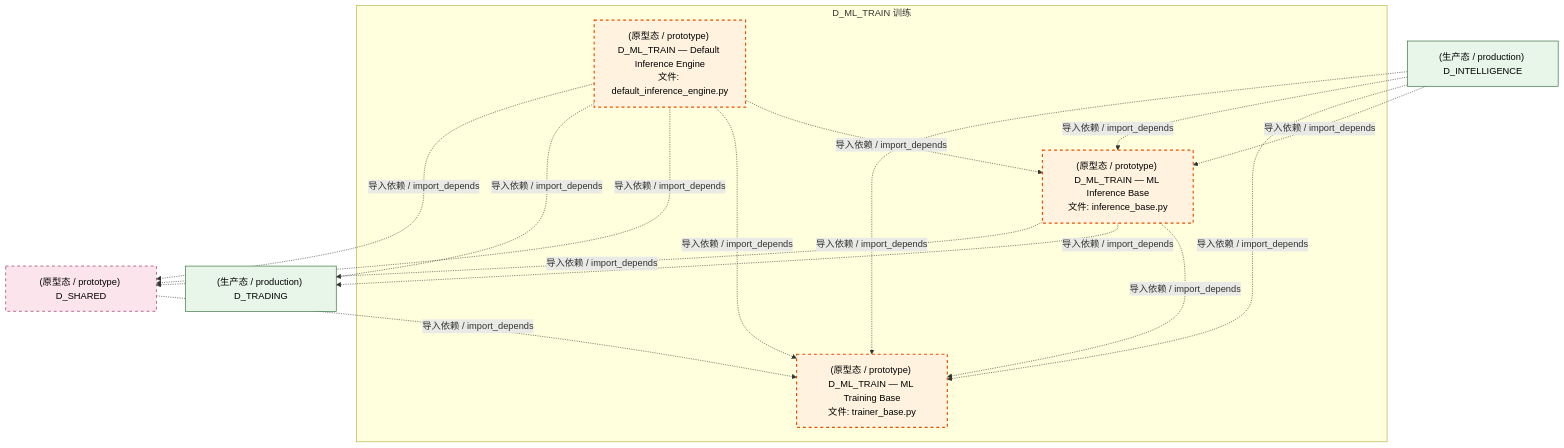
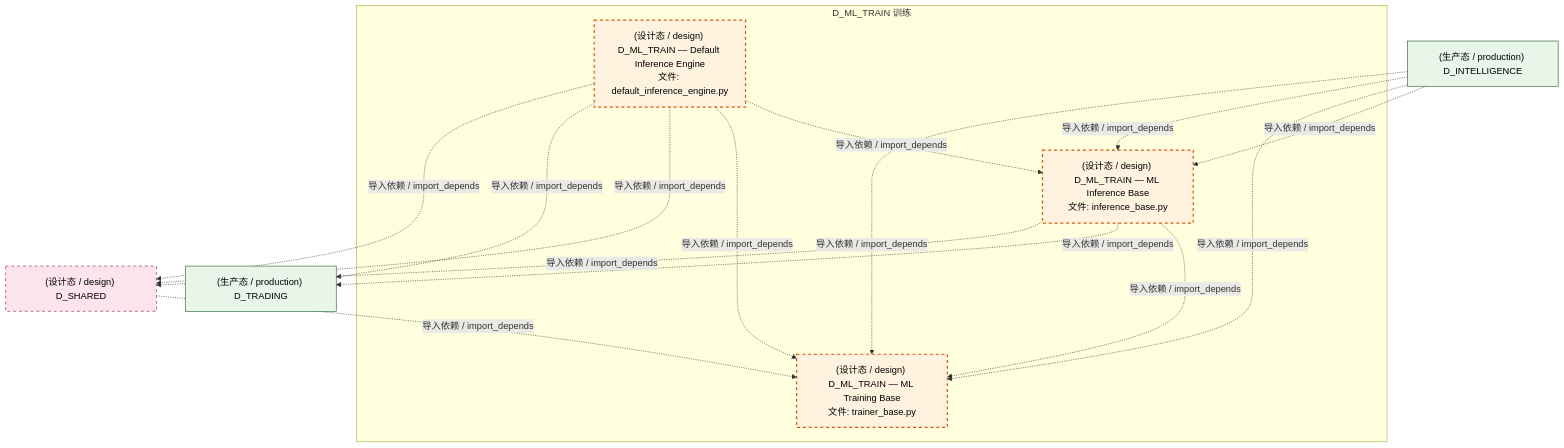
One commit to xuanFelixVan/ZephyrAlpha changed the third of 4 diagrams in docs/02_enterprise_architecture/02_domain_architecture_docs/50_d_ml_train.md. Above: the diagram before and after it, drawn with Mermaid. The commit also changed other lines of this file and 177 other files, not shown here.

````diff
--- a/docs/02_enterprise_architecture/02_domain_architecture_docs/50_d_ml_train.md
+++ b/docs/02_enterprise_architecture/02_domain_architecture_docs/50_d_ml_train.md
@@ -132,31 +131,31 @@
 ```mermaid
 graph TD
     subgraph D_ML_TRAIN["D_ML_TRAIN 训练"]
-        src_zephyr_ml_train_implementations_default_inference_engine_py["(原型态 / prototype) D_ML_TRAIN — Default Inference Engine<br/>文件: default_inference_engine.py"]
-        src_zephyr_ml_train_inference_base_py["(原型态 / prototype) D_ML_TRAIN — ML Inference Base<br/>文件: inference_base.py"]
-        src_zephyr_ml_train_trainer_base_py["(原型态 / prototype) D_ML_TRAIN — ML Training Base<br/>文件: trainer_base.py"]
+        src_zephyr_ml_train_implementations_default_inference_engine_py["(设计态 / design) D_ML_TRAIN — Default Inference Engine<br/>文件: default_inference_engine.py"]
+        src_zephyr_ml_train_inference_base_py["(设计态 / design) D_ML_TRAIN — ML Inference Base<br/>文件: inference_base.py"]
+        src_zephyr_ml_train_trainer_base_py["(设计态 / design) D_ML_TRAIN — ML Training Base<br/>文件: trainer_base.py"]
     end
     src_zephyr_ml_train_inference_base_py -.->|导入依赖 / import_depends| src_zephyr_ml_train_trainer_base_py
     src_zephyr_ml_train_implementations_default_inference_engine_py -.->|导入依赖 / import_depends| src_zephyr_ml_train_inference_base_py
     src_zephyr_ml_train_implementations_default_inference_engine_py -.->|导入依赖 / import_depends| src_zephyr_ml_train_trainer_base_py
     D_TRADING["(生产态 / production) D_TRADING"]
     src_zephyr_ml_train_inference_base_py -.->|导入依赖 / import_depends| D_TRADING
-    D_SHARED["(原型态 / prototype) D_SHARED"]
+    D_SHARED["(设计态 / design) D_SHARED"]
     src_zephyr_ml_train_inference_base_py -.->|导入依赖 / import_depends| D_SHARED
     src_zephyr_ml_train_implementations_default_inference_engine_py -.->|导入依赖 / import_depends| D_SHARED
     src_zephyr_ml_train_implementations_default_inference_engine_py -.->|导入依赖 / import_depends| D_TRADING
     src_zephyr_ml_train_implementations_default_inference_engine_py -.->|导入依赖 / import_depends| D_SHARED
     D_SHARED -.->|导入依赖 / import_depends| src_zephyr_ml_train_trainer_base_py
     D_INTELLIGENCE["(生产态 / production) D_INTELLIGENCE"]
     D_INTELLIGENCE -.->|导入依赖 / import_depends| src_zephyr_ml_train_inference_base_py
     D_INTELLIGENCE -.->|导入依赖 / import_depends| src_zephyr_ml_train_trainer_base_py
     D_INTELLIGENCE -.->|导入依赖 / import_depends| src_zephyr_ml_train_inference_base_py
     D_INTELLIGENCE -.->|导入依赖 / import_depends| src_zephyr_ml_train_trainer_base_py
     classDef production fill:#e1f5fe,stroke:#01579b,stroke-width:2px,color:#000
     classDef design fill:#fff3e0,stroke:#e65100,stroke-width:2px,color:#000,stroke-dasharray: 5 5
     classDef external_prod fill:#e8f5e9,stroke:#1b5e20,stroke-width:1px,color:#000
     classDef external_design fill:#fce4ec,stroke:#880e4f,stroke-width:1px,color:#000,stroke-dasharray: 5 5
     class src_zephyr_ml_train_implementations_default_inference_engine_py,src_zephyr_ml_train_inference_base_py,src_zephyr_ml_train_trainer_base_py design
     class D_TRADING,D_INTELLIGENCE external_prod
     class D_SHARED external_design
 ```
````
